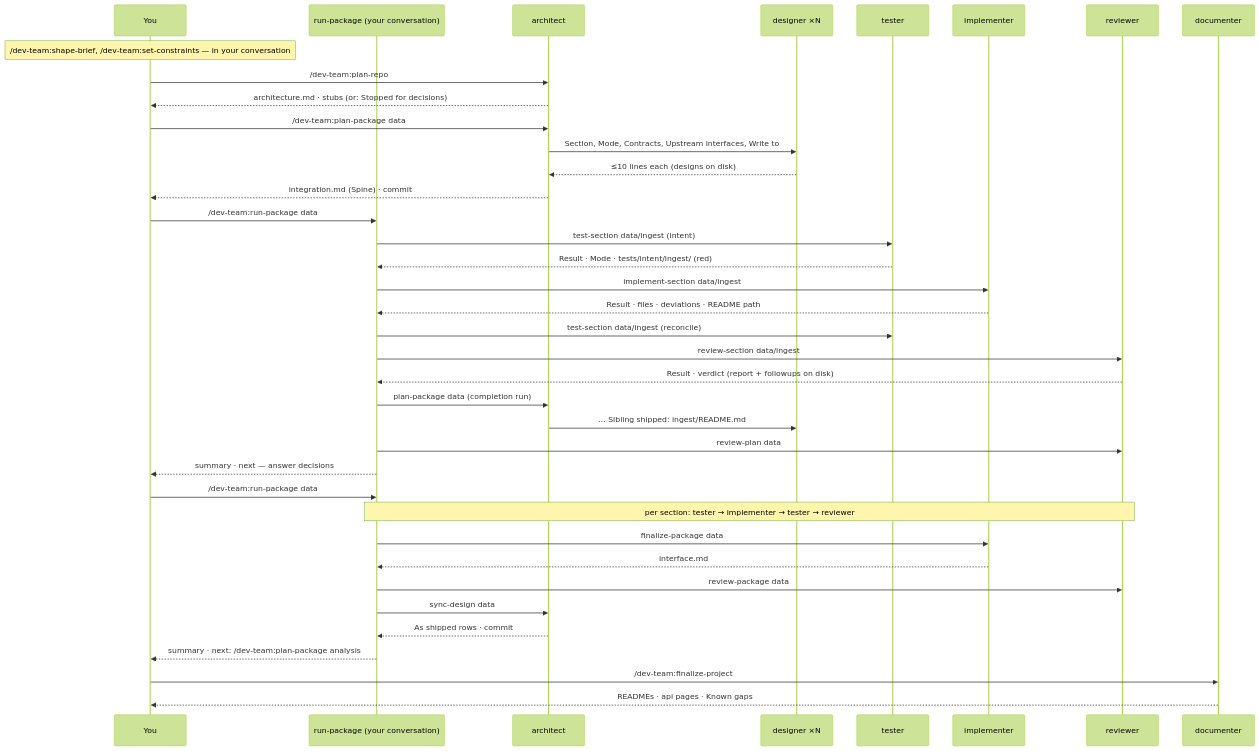
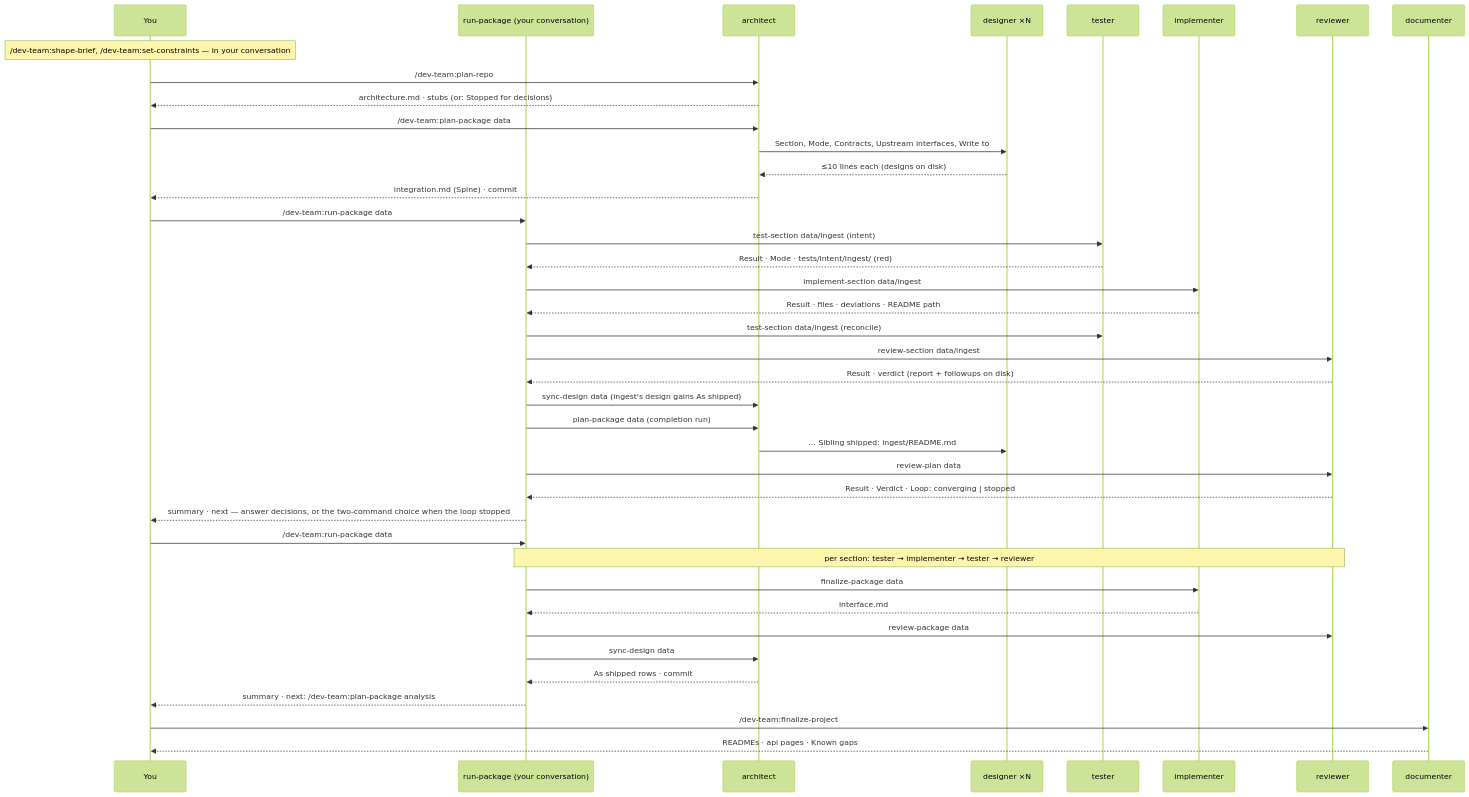
The third of 3 diagrams in dev-team/site/flow.md (cott435/cott-plugins), drawn with Mermaid (forest theme) before and after one commit. The commit also changed other lines of this file and 14 other files, not shown here.

````diff
--- a/dev-team/site/flow.md
+++ b/dev-team/site/flow.md
@@ -96,40 +97,42 @@
 ```mermaid
 sequenceDiagram
   participant You
   participant Drv as run-package (your conversation)
   participant Arch as architect
   participant Des as designer ×N
   participant Tst as tester
   participant Impl as implementer
   participant Rev as reviewer
   participant Doc as documenter
   Note over You: /dev-team:shape-brief, /dev-team:set-constraints — in your conversation
   You->>Arch: /dev-team:plan-repo
   Arch-->>You: architecture.md · stubs (or: Stopped for decisions)
   You->>Arch: /dev-team:plan-package data
   Arch->>Des: Section, Mode, Contracts, Upstream interfaces, Write to
   Des-->>Arch: ≤10 lines each (designs on disk)
   Arch-->>You: integration.md (Spine) · commit
   You->>Drv: /dev-team:run-package data
   Drv->>Tst: test-section data/ingest (intent)
   Tst-->>Drv: Result · Mode · tests/intent/ingest/ (red)
   Drv->>Impl: implement-section data/ingest
   Impl-->>Drv: Result · files · deviations · README path
   Drv->>Tst: test-section data/ingest (reconcile)
   Drv->>Rev: review-section data/ingest
   Rev-->>Drv: Result · verdict (report + followups on disk)
+  Drv->>Arch: sync-design data (ingest's design gains As shipped)
   Drv->>Arch: plan-package data (completion run)
   Arch->>Des: … Sibling shipped: ingest/README.md
   Drv->>Rev: review-plan data
-  Drv-->>You: summary · next — answer decisions
+  Rev-->>Drv: Result · Verdict · Loop: converging | stopped
+  Drv-->>You: summary · next — answer decisions, or the two-command choice when the loop stopped
   You->>Drv: /dev-team:run-package data
   Note over Drv,Rev: per section: tester → implementer → tester → reviewer
   Drv->>Impl: finalize-package data
   Impl-->>Drv: interface.md
   Drv->>Rev: review-package data
   Drv->>Arch: sync-design data
   Arch-->>Drv: As shipped rows · commit
   Drv-->>You: summary · next: /dev-team:plan-package analysis
   You->>Doc: /dev-team:finalize-project
   Doc-->>You: READMEs · api pages · Known gaps
 ```
````
